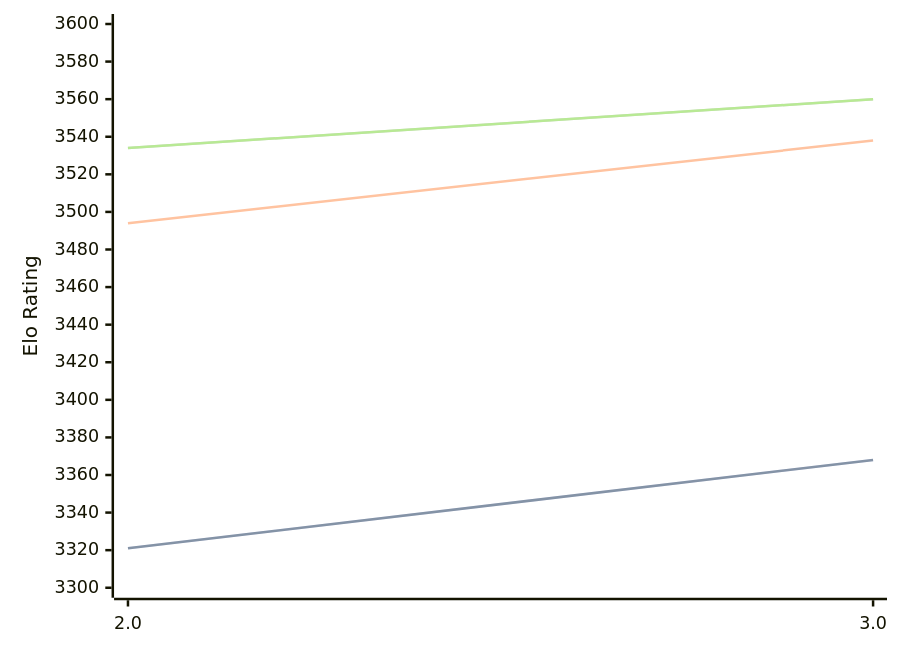
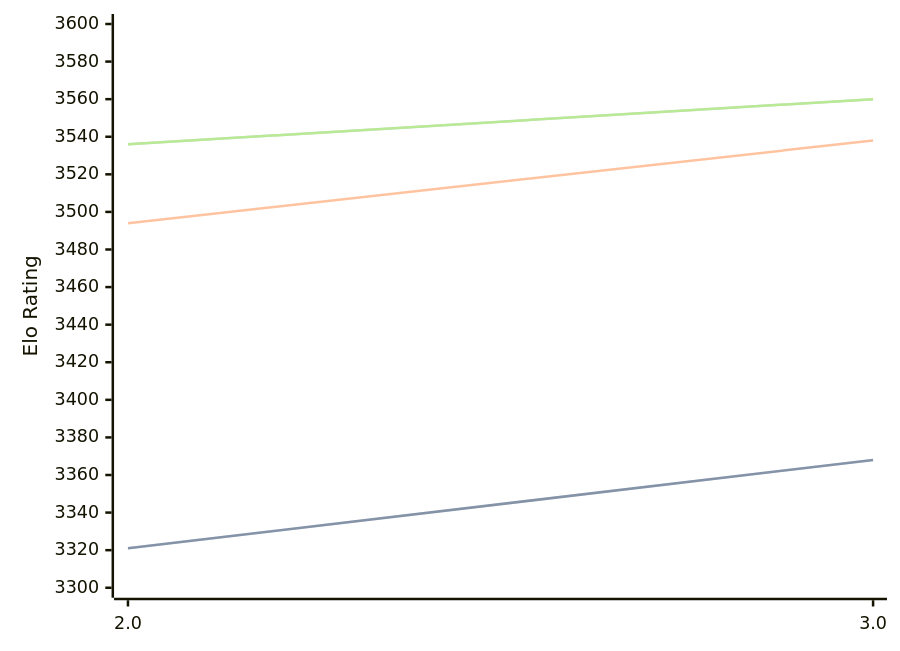
The diagram in engines/Quanticade.md (computer-chess-index/cci), drawn with Mermaid before and after one commit. The commit also changed other lines of this file, not shown here.

Commit message:
Update CCI Ratings (ELO VLTC) - 2026-04-03

````diff
--- a/engines/Quanticade.md
+++ b/engines/Quanticade.md
@@ -41,11 +41,11 @@
 ```mermaid
 %%{init: {"theme":"base","themeVariables":{"seriesColors:['#a3a3a3','#222221','#faa371']}}}%%
 xychart-beta
   x-axis ["2.0", "3.0"]
   y-axis "Elo Rating" 3300 --> 3600
   line "STC (8.0+0.08s)" [3321, 3368]
   line "STC (8.0+0.08s)" [3321, 3368]
   line "LTC (60.0+0.60s)" [3494, 3538]
-  line "VLTC (2m24s+1.12s)" [3534, 3560]
-  line "VLTC (2m24s+1.12s)" [3534, 3560]
+  line "VLTC (2m24s+1.12s)" [3536, 3560]
+  line "VLTC (2m24s+1.12s)" [3536, 3560]
 ```
````
